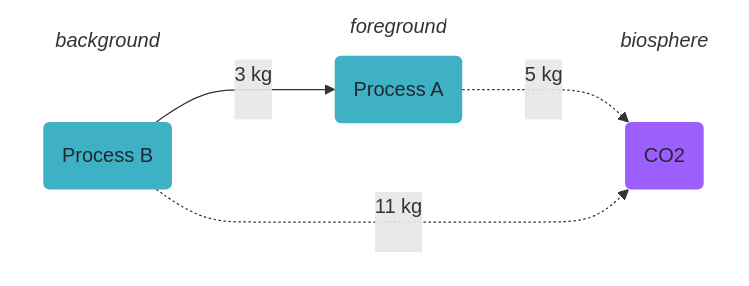
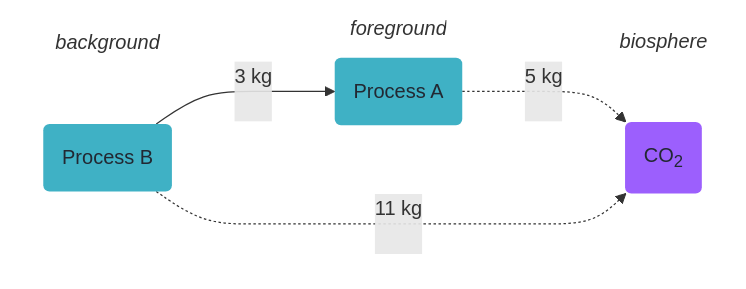
One commit to brightway-lca/bw_timex changed the first of 3 diagrams in docs/content/getting_started/adding_temporal_information.md. Above: the diagram before and after it, drawn with Mermaid. The commit also changed other lines of this file and 4 other files, not shown here.

````diff
--- a/docs/content/getting_started/adding_temporal_information.md
+++ b/docs/content/getting_started/adding_temporal_information.md
@@ -4,26 +4,26 @@
 ```{mermaid}
 :caption: Example production system
 flowchart LR
 subgraph background[<i>background</i>]
     B(Process B):::bg
 end
 
 subgraph foreground[<i>foreground</i>]
     A(Process A):::fg
 end
 
 subgraph biosphere[<i>biosphere</i>]
-    CO2(CO2):::bio
+    CO2(CO<sub>2</sub>):::bio
 end
 
 B-->|"3 kg \n &nbsp;"|A
 A-.->|"5 kg \n  &nbsp;"|CO2
 B-.->|"11 kg \n &nbsp;"|CO2
 
 classDef fg color:#222832, fill:#3fb1c5, stroke:none;
 classDef bg color:#222832, fill:#3fb1c5, stroke:none;
 classDef bio color:#222832, fill:#9c5ffd, stroke:none;
 style background fill:none, stroke:none;
 style foreground fill:none, stroke:none;
 style biosphere fill:none, stroke:none;
 ```
````
